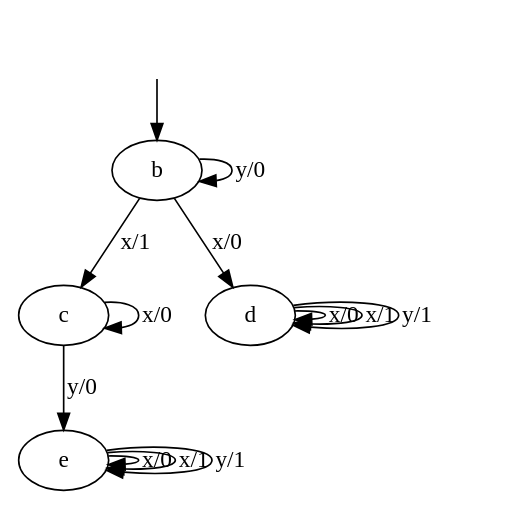
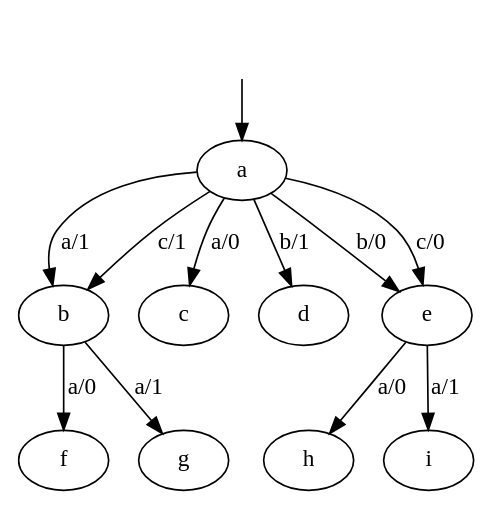
The diagram in dot-files/test-machine/combined/test-machine.dot (GianniM123/FFSM_fingerprint), drawn with Graphviz before and after one commit. The commit also changed 13 other files, not shown here.

```diff
--- a/dot-files/test-machine/combined/test-machine.dot
+++ b/dot-files/test-machine/combined/test-machine.dot
@@ -1,35 +1,44 @@
 digraph "" {
 	graph [configurations="A|B|C|D"];
 	node [label="\N"];
 	__start0	[feature=True,
 		label="",
 		shape=none];
-	b	[feature=True];
-	__start0 -> b	[key=0];
-	b -> b	[feature="A|B|C|D",
-		label="y/0"];
+	a	[feature=True];
+	__start0 -> a	[key=0];
+	b	[feature="A|B"];
+    c	[feature="C|D"];
+    d	[feature="A|B"];
+	e	[feature="C|D"];
 
-	c	[feature="A|B"];
-    b -> c	[feature="A|B",
-		label="x/1"];
-    d	[feature="C|D"];
-    b -> d	[feature="C|D",
-		label="x/0"];
-	c -> c	[feature="A|B",
-		label="x/0"];
-    e	[feature="A|B"];
-	c -> e	[feature="A|B",
-		label="y/0"];
-	e -> e	[feature="A",
-		label="x/0"];
-    e -> e	[feature="B",
-		label="x/1"];
-    e -> e [feature="A|B",
-		label="y/1"];
-    d -> d	[feature="C",
-		label="x/0"];
-    d -> d	[feature="D",
-		label="x/1"];
-    d -> d [feature="C|D",
-		label="y/1"];
+	f	[feature="A"];
+	g	[feature="B"];	
+
+	h	[feature="C"];
+	i	[feature="D"];	
+
+    a -> b	[feature="A|B",
+		label="a/1"];
+    a -> c	[feature="C|D",
+		label="a/0"];
+
+	a -> d	[feature="A|B",
+		label="b/1"];
+    a -> e	[feature="C|D",
+		label="b/0"];
+	
+	a -> b	[feature="A|B",
+		label="c/1"];
+    a -> e	[feature="C|D",
+		label="c/0"];
+
+	b -> f [feature="A",
+		label="a/0"];
+	b -> g [feature="B",
+		label="a/1"];
+	
+	e -> h [feature="C",
+		label="a/0"];
+	e -> i [feature="D",
+		label="a/1"];
 }
```
